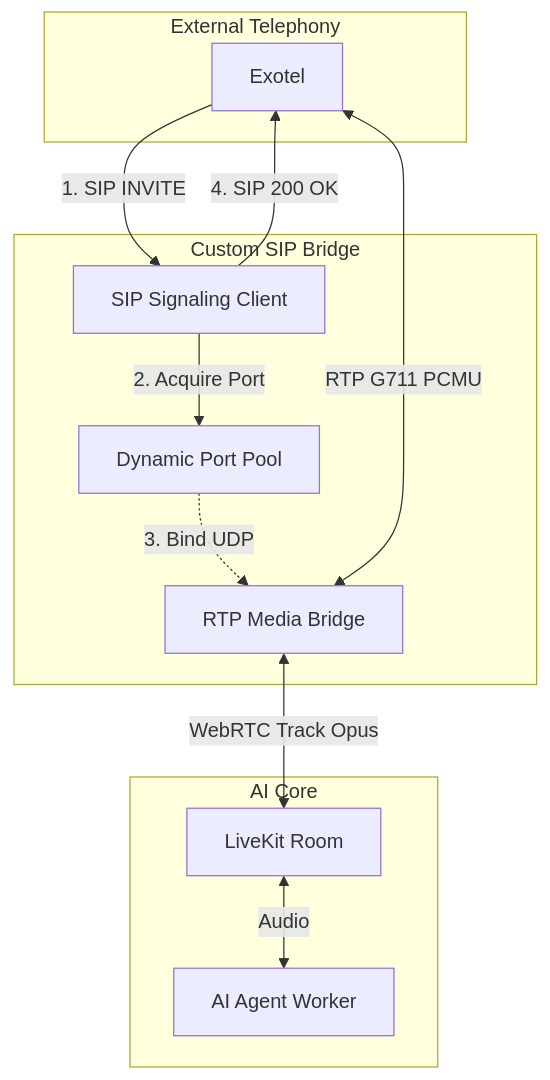
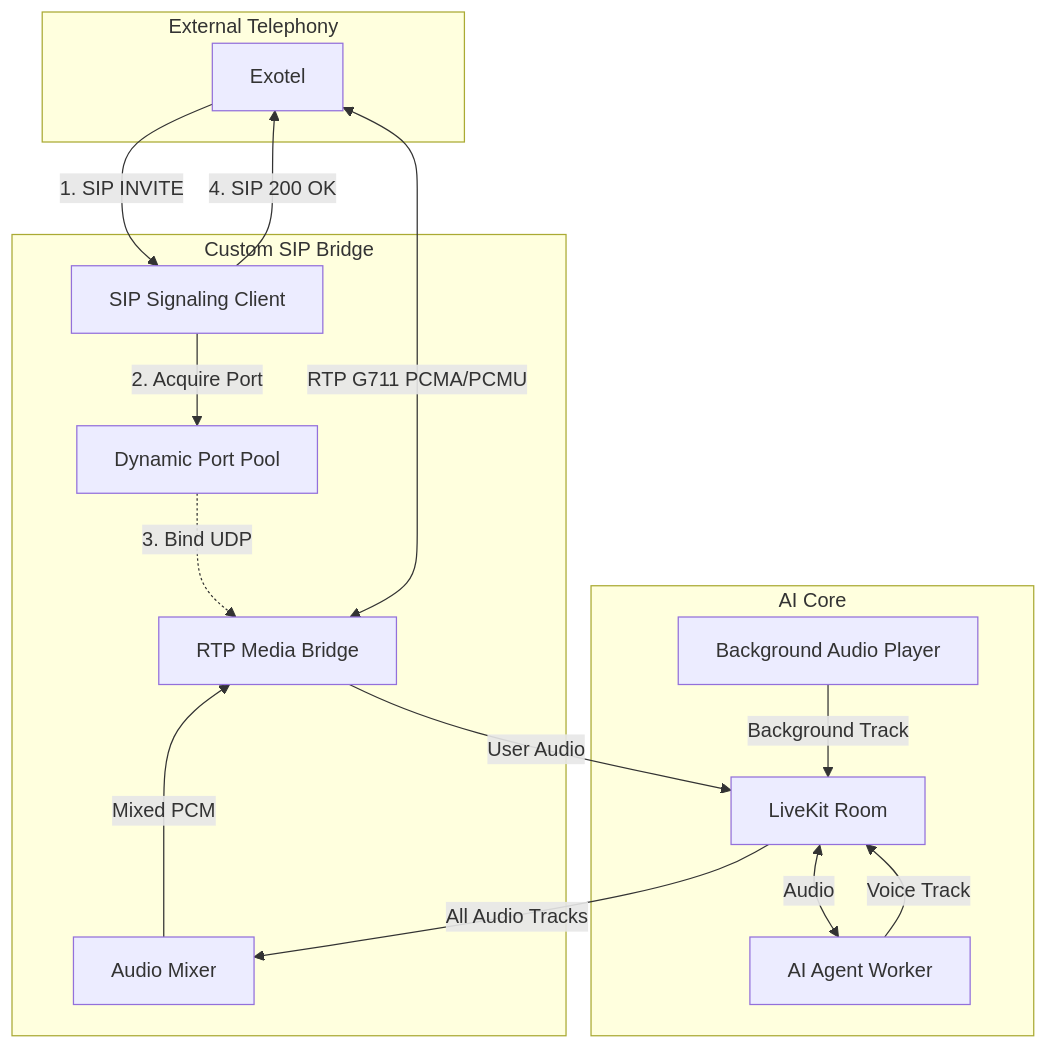
Before and after one commit to ShubhamX-AI/api_livekit: the third of 4 diagrams in docs/architecture.md, drawn with Mermaid. The commit also changed 3 other files, not shown here.

````diff
--- a/docs/architecture.md
+++ b/docs/architecture.md
@@ -66,26 +66,32 @@
 ```mermaid
 graph TD
     subgraph External Telephony
         Exo[Exotel]
     end
 
     subgraph Custom SIP Bridge
         SIP[SIP Signaling Client]
         RTP[RTP Media Bridge]
+        Mixer[Audio Mixer]
         Port[Dynamic Port Pool]
     end
 
     subgraph AI Core
         LKR[LiveKit Room]
         Agent[AI Agent Worker]
+        BG[Background Audio Player]
     end
 
     Exo -->|1. SIP INVITE| SIP
     SIP -->|2. Acquire Port| Port
     Port -.->|3. Bind UDP| RTP
     SIP -->|4. SIP 200 OK| Exo
 
-    Exo <-->|RTP G711 PCMU| RTP
-    RTP <-->|WebRTC Track Opus| LKR
+    Exo <-->|RTP G711 PCMA/PCMU| RTP
+    Agent -->|Voice Track| LKR
+    BG -->|Background Track| LKR
+    LKR -->|All Audio Tracks| Mixer
+    Mixer -->|Mixed PCM| RTP
+    RTP -->|User Audio| LKR
     LKR <-->|Audio| Agent
 ```
````
